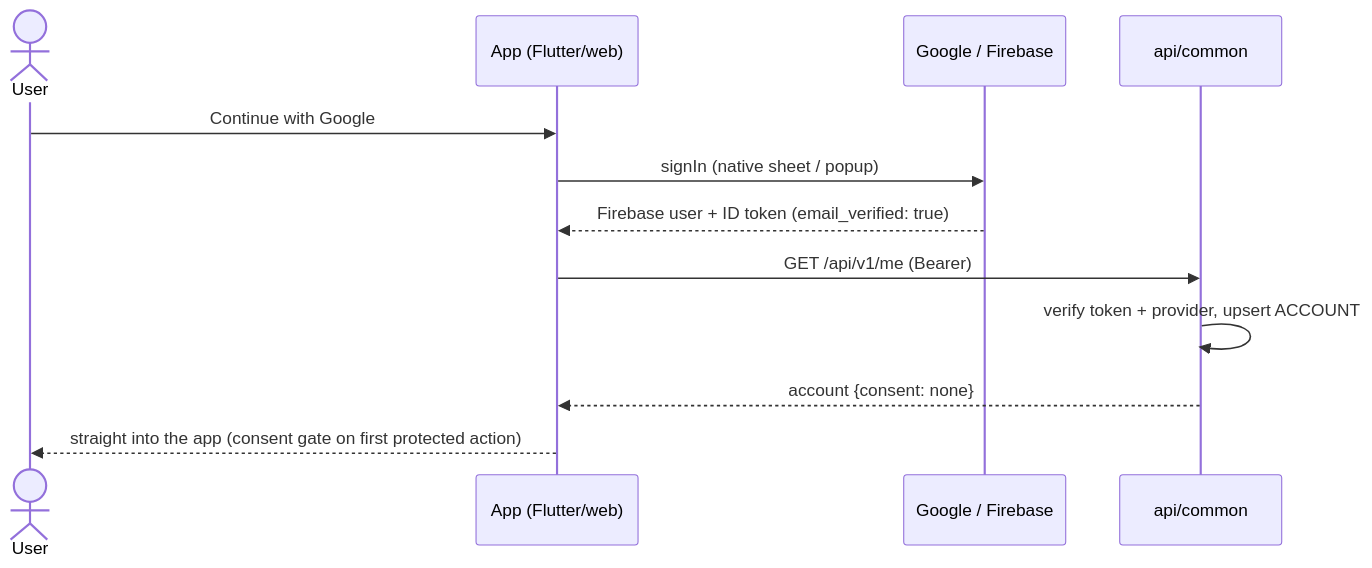
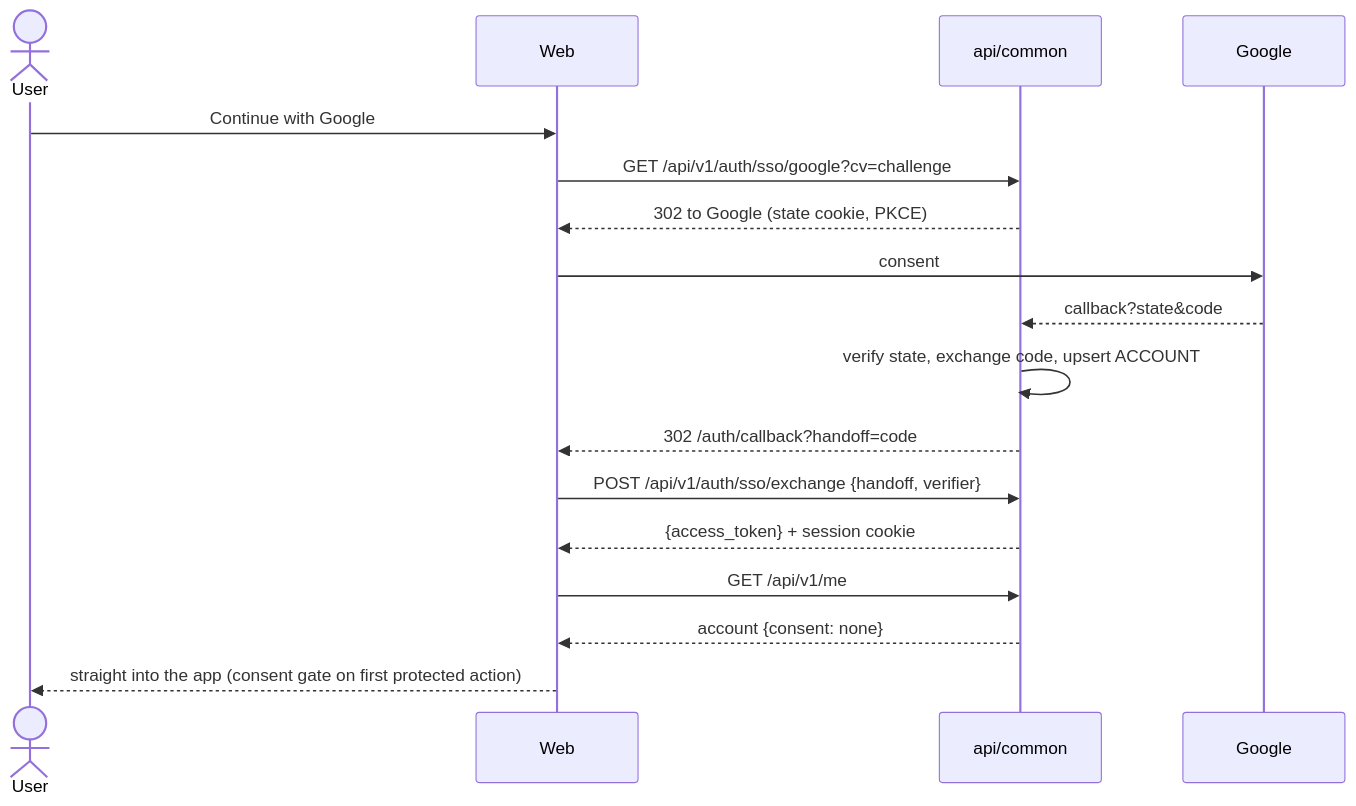
One commit to cuesoftinc/apparule changed the diagram in docs/flows/auth.md. Above: the diagram before and after it, drawn with Mermaid. The commit also changed other lines of this file and 96 other files, not shown here.

First line of the commit message:
feat: Google sign-in through the API handoff on web and mobile (#274)

````diff
--- a/docs/flows/auth.md
+++ b/docs/flows/auth.md
@@ -39,15 +53,20 @@
 ```mermaid
 sequenceDiagram
     actor U as User
-    participant A as App (Flutter/web)
-    participant G as Google / Firebase
+    participant W as Web
     participant C as api/common
+    participant G as Google
 
-    U->>A: Continue with Google
-    A->>G: signIn (native sheet / popup)
-    G-->>A: Firebase user + ID token (email_verified: true)
-    A->>C: GET /api/v1/me (Bearer)
-    C->>C: verify token + provider, upsert ACCOUNT
-    C-->>A: account {consent: none}
-    A-->>U: straight into the app (consent gate on first protected action)
+    U->>W: Continue with Google
+    W->>C: GET /api/v1/auth/sso/google?cv=challenge
+    C-->>W: 302 to Google (state cookie, PKCE)
+    W->>G: consent
+    G-->>C: callback?state&code
+    C->>C: verify state, exchange code, upsert ACCOUNT
+    C-->>W: 302 /auth/callback?handoff=code
+    W->>C: POST /api/v1/auth/sso/exchange {handoff, verifier}
+    C-->>W: {access_token} + session cookie
+    W->>C: GET /api/v1/me
+    C-->>W: account {consent: none}
+    W-->>U: straight into the app (consent gate on first protected action)
 ```
````
